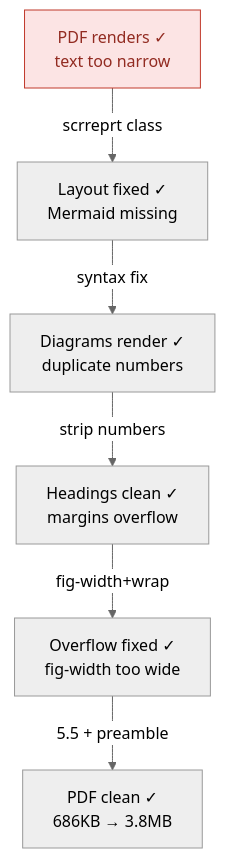
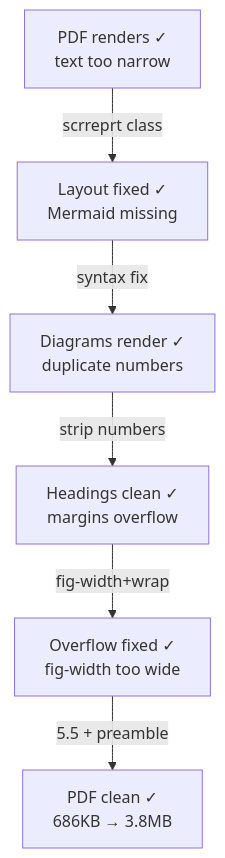
One commit to danielmeppiel/agentic-sdlc-handbook changed the second of 3 diagrams in case-study-publishing-pipeline.qmd. Above: the diagram before and after it, drawn with Mermaid. The commit also changed other lines of this file and 17 other files, not shown here.

First line of the commit message:
fix: remove all Mermaid theme overrides, use Quarto native theming

````diff
--- a/case-study-publishing-pipeline.qmd
+++ b/case-study-publishing-pipeline.qmd
@@ -67,15 +66,13 @@
 ```{mermaid}
 %%| fig-width: 4.5
 %%| fig-cap: "The 'Almost Done' trap: cascading PDF rendering fixes"
 %%| fig-alt: "Flowchart showing a cascade of five PDF rendering fixes. Step 1: PDF renders but text is too narrow, fixed by switching to scrreprt class. Step 2: Layout is fixed but Mermaid diagrams are missing, fixed by syntax correction. Step 3: Diagrams render but duplicate heading numbers appear, fixed by stripping manual numbers. Step 4: Headings are clean but margins overflow, fixed by adjusting fig-width and adding code wrap. Step 5: Overflow is fixed but fig-width is still too wide, fixed by reducing to 5.5 inches and adding preamble. Final result: PDF is clean, growing from 686KB to 3.8MB with rendered diagrams."
 %%| label: fig-cs-almost-done
-%%{init: {'theme': 'neutral'}}%%
 flowchart TD
     A["PDF renders ✓<br/>text too narrow"] -->|scrreprt class| B["Layout fixed ✓<br/>Mermaid missing"]
     B -->|syntax fix| C["Diagrams render ✓<br/>duplicate numbers"]
     C -->|strip numbers| D["Headings clean ✓<br/>margins overflow"]
     D -->|fig-width+wrap| E["Overflow fixed ✓<br/>fig-width too wide"]
     E -->|5.5 + preamble| F["PDF clean ✓<br/>686KB → 3.8MB"]
 
-    style A fill:#fce4e4,stroke:#c0392b,color:#922b21
 ```
````
